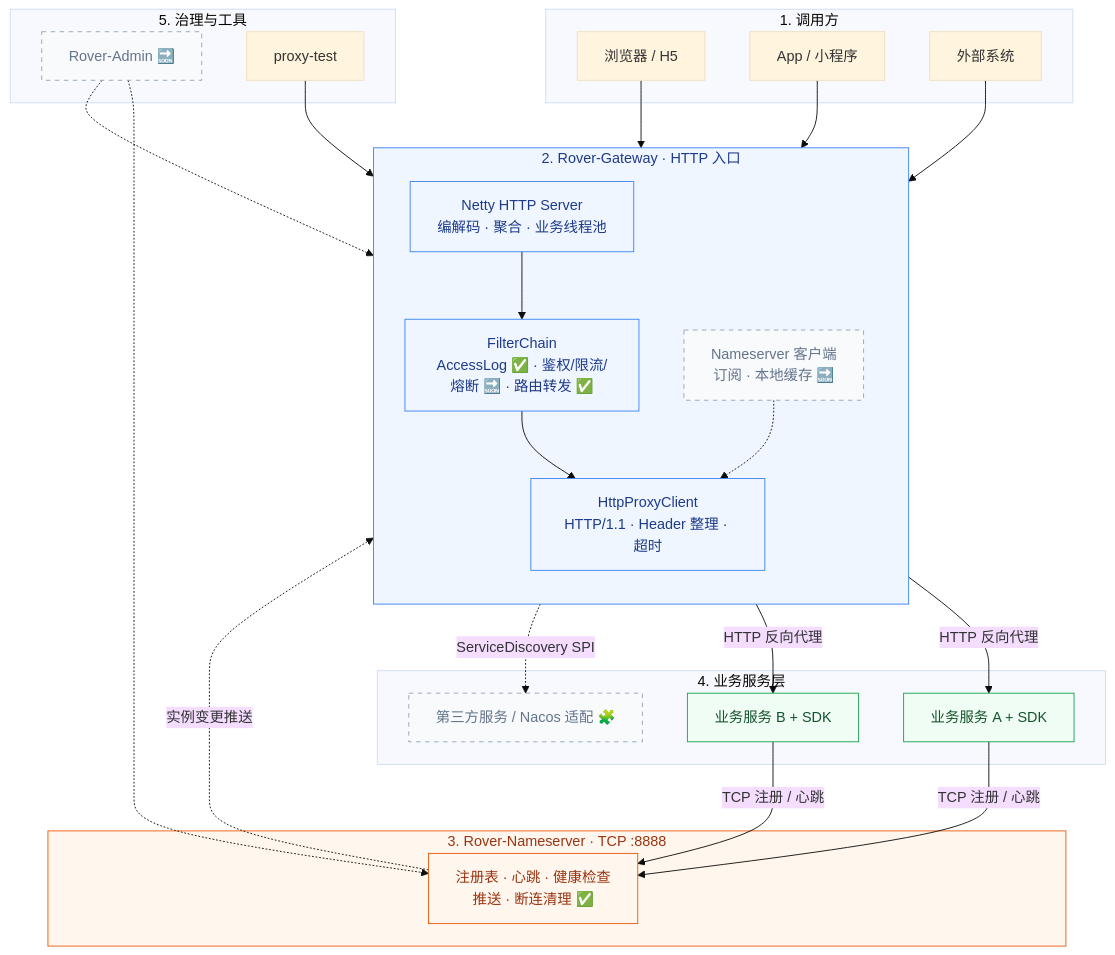
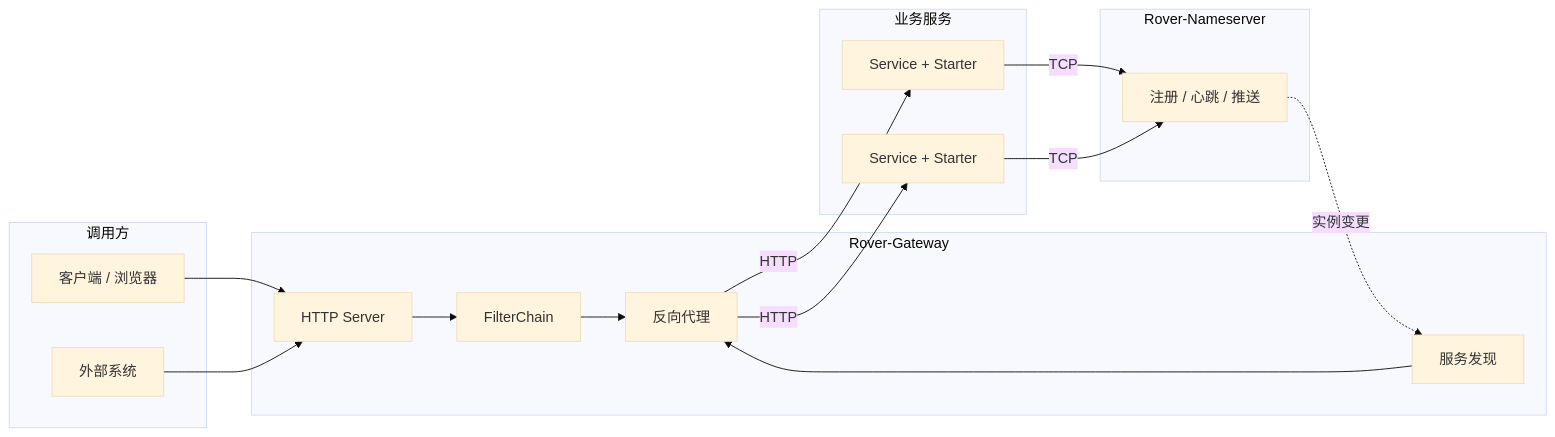
One commit to zzl-qz/Rover-Suite changed the diagram in README.zh-CN.md. Above: the diagram before and after it, drawn with Mermaid (base theme). The commit also changed other lines of this file and 24 other files, not shown here.

````diff
--- a/README.zh-CN.md
+++ b/README.zh-CN.md
@@ -23,58 +67,33 @@
 ```mermaid
-flowchart TB
-    subgraph CLIENTS["1. 调用方"]
-        WEB[浏览器 / H5]
-        APP[App / 小程序]
-        ORG[外部系统]
+flowchart LR
+    subgraph Callers["调用方"]
+        C1[客户端 / 浏览器]
+        C2[外部系统]
     end
 
-    subgraph GATEWAY["2. Rover-Gateway · HTTP 入口"]
-        direction TB
-        SRV["Netty HTTP Server<br/>编解码 · 聚合 · 业务线程池"]
-        FW["FilterChain<br/>AccessLog ✅ · 鉴权/限流/熔断 🔜 · 路由转发 ✅"]
-        PRX["HttpProxyClient<br/>HTTP/1.1 · Header 整理 · 超时"]
-        SUB["Nameserver 客户端<br/>订阅 · 本地缓存 🔜"]
-        SRV --> FW --> PRX
-        SUB -.-> PRX
+    subgraph GW["Rover-Gateway"]
+        H[HTTP Server]
+        F[FilterChain]
+        D[服务发现]
+        P[反向代理]
+        H --> F --> P
+        D --> P
     end
 
-    subgraph NS["3. Rover-Nameserver · TCP :8888"]
-        REG["注册表 · 心跳 · 健康检查<br/>推送 · 断连清理 ✅"]
+    subgraph NS["Rover-Nameserver"]
+        R[注册 / 心跳 / 推送]
     end
 
-    subgraph SVCS["4. 业务服务层"]
-        S1["业务服务 A + SDK"]
-        S2["业务服务 B + SDK"]
-        S3["第三方服务 / Nacos 适配 🧩"]
+    subgraph Biz["业务服务"]
+        S1[Service + Starter]
+        S2[Service + Starter]
     end
 
-    subgraph OPS["5. 治理与工具"]
-        ADM["Rover-Admin 🔜"]
-        TK["proxy-test"]
-    end
-
-    WEB --> GATEWAY
-    APP --> GATEWAY
-    ORG --> GATEWAY
-
-    PRX -->|HTTP 反向代理| S1
-    PRX -->|HTTP 反向代理| S2
-    GATEWAY -.->|ServiceDiscovery SPI| S3
-
-    S1 -->|TCP 注册 / 心跳| REG
-    S2 -->|TCP 注册 / 心跳| REG
-    REG -.->|实例变更推送| SUB
-
-    ADM -.-> GATEWAY
-    ADM -.-> REG
-    TK --> GATEWAY
-
-    classDef core fill:#eff6ff,stroke:#3b82f6,color:#1e3a8a;
-    classDef registry fill:#fff7ed,stroke:#ea580c,color:#9a3412;
-    classDef service fill:#f0fdf4,stroke:#16a34a,color:#14532d;
-    classDef plan fill:#f8fafc,stroke:#94a3b8,color:#64748b,stroke-dasharray: 5 5;
-    class GATEWAY,SRV,FW,PRX core;
-    class NS,REG registry;
-    class S1,S2 service;
-    class SUB,S3,ADM plan;
+    C1 --> H
+    C2 --> H
+    P -->|HTTP| S1
+    P -->|HTTP| S2
+    S1 -->|TCP| R
+    S2 -->|TCP| R
+    R -.->|实例变更| D
 ```
````
